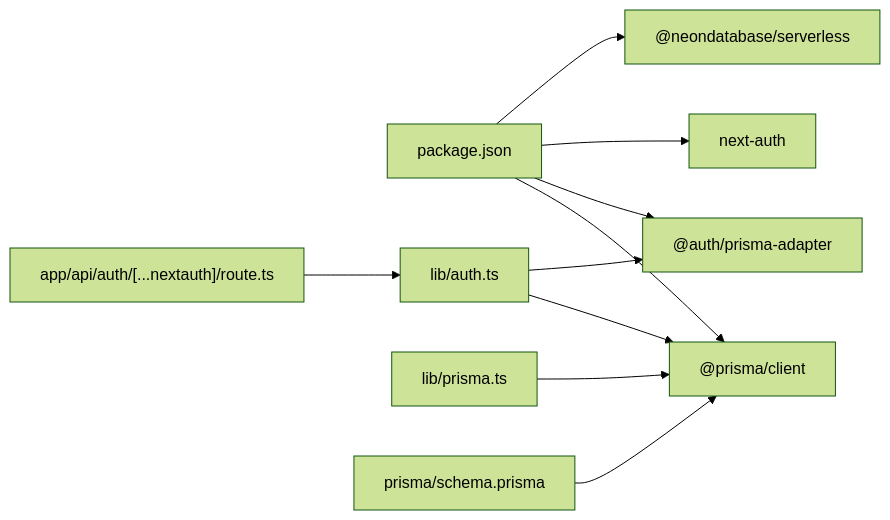
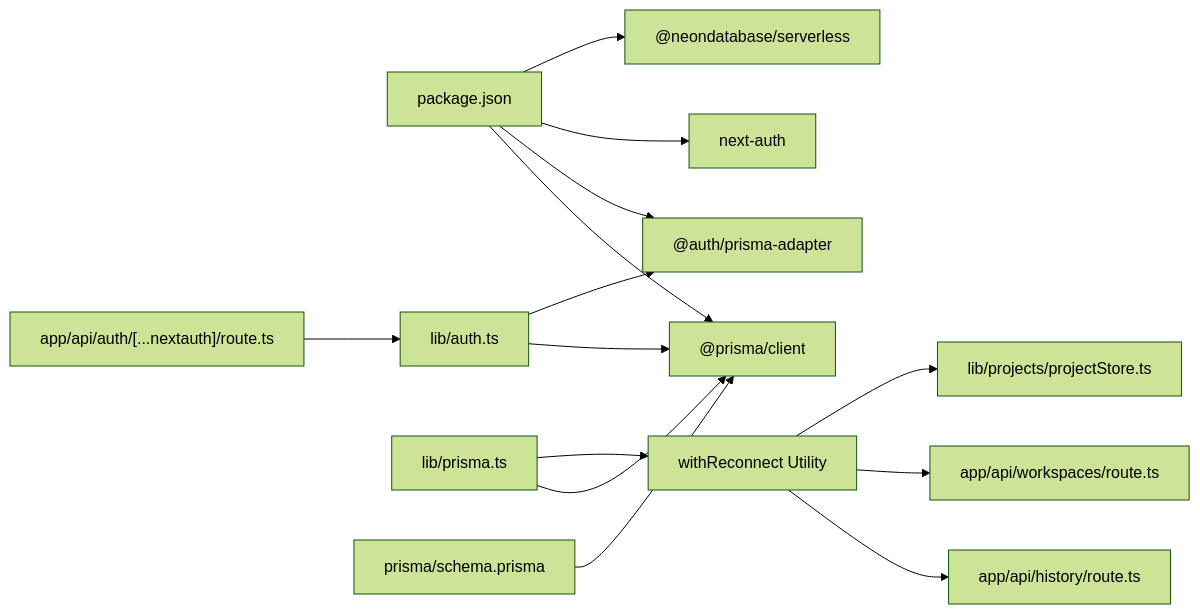
Diagram 11 of 11 in .qoder/repowiki/en/content/Database & Data Layer/Prisma ORM Configuration.md (shekhargiri005-dotcom/AI-powered-accessibility-first-UI-engine), drawn with Mermaid (forest theme) before and after one commit. The commit also changed other lines of this file and 20 other files, not shown here.

````diff
--- a/.qoder/repowiki/en/content/Database & Data Layer/Prisma ORM Configuration.md
+++ b/.qoder/repowiki/en/content/Database & Data Layer/Prisma ORM Configuration.md
@@ -475,12 +529,16 @@
 ```mermaid
 graph LR
 PKG["package.json"] --> PRISMA["@prisma/client"]
 PKG --> ADAPTER["@auth/prisma-adapter"]
 PKG --> NEXTAUTH["next-auth"]
 PKG --> NEON["@neondatabase/serverless"]
 ROUTE["app/api/auth/[...nextauth]/route.ts"] --> AUTHCFG["lib/auth.ts"]
 AUTHCFG --> PRISMA
 AUTHCFG --> ADAPTER
 LIBPRISMA["lib/prisma.ts"] --> PRISMA
+LIBPRISMA --> RECONNECT["withReconnect Utility"]
+RECONNECT --> HISTORY["app/api/history/route.ts"]
+RECONNECT --> WORKSPACES["app/api/workspaces/route.ts"]
+RECONNECT --> PROJECTSTORE["lib/projects/projectStore.ts"]
 SCHEMA["prisma/schema.prisma"] --> PRISMA
 ```
````
